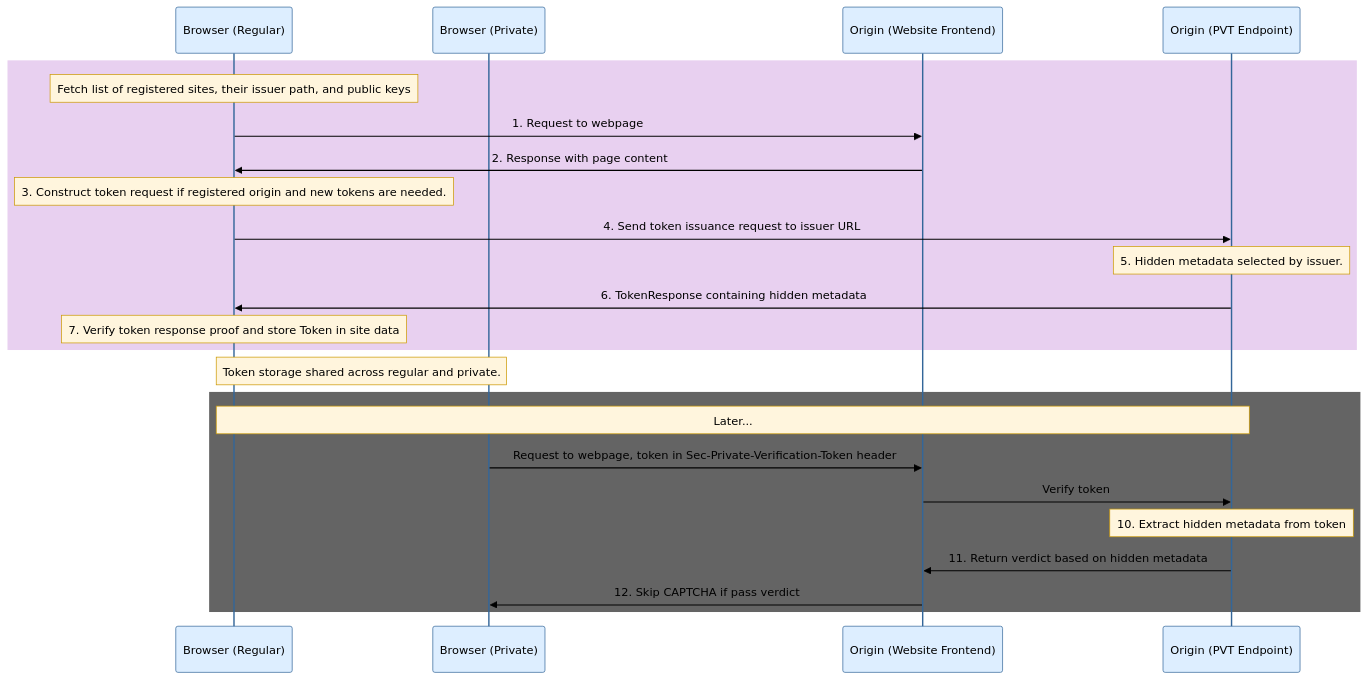
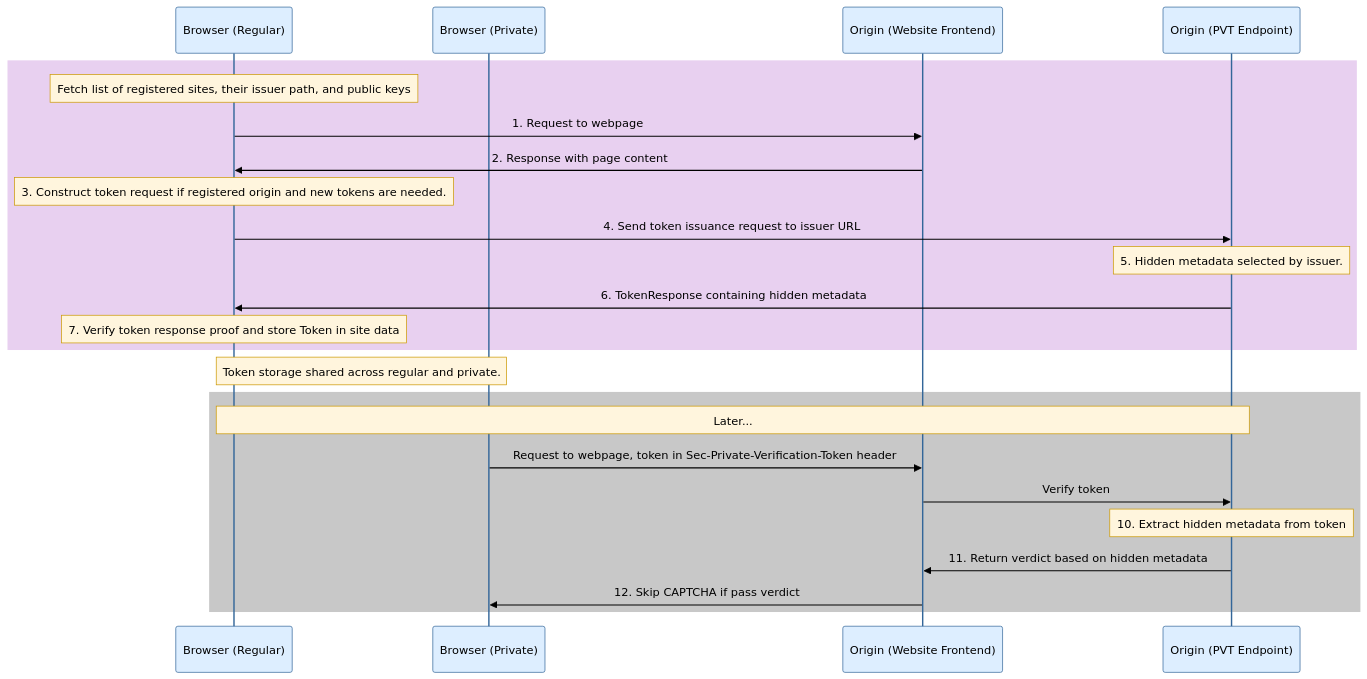
Before and after one commit to explainers-by-googlers/private-verification-tokens: the first of 2 diagrams in README.md, drawn with Mermaid.

Commit message:
Update sequence diagram on README.md
Making the gray a bit lighter to improve readability.

````diff
--- a/README.md
+++ b/README.md
@@ -94,37 +94,37 @@
 ```mermaid
 %%{init: {'theme': 'base', 'themeVariables': {'actorTextColor': '#000000', 'actorBkg': '#ddeeff', 'actorBorder': '#336699', 'actorLineColor': '#336699', 'signalColor': '#000000', 'signalTextColor': '#000000', 'labelTextColor': '#000000', 'loopTextColor': '#000000', 'noteBkgColor': '#fff5dd', 'noteTextColor': '#000000', 'noteBorderColor': '#cc9900', 'activationBkgColor': '#ddeeff', 'activationBorderColor': '#336699', 'fontFamily': 'arial', 'fontSize': '14px'}}}%%
 sequenceDiagram
     participant BR as Browser (Regular)
     participant BP as Browser (Private)
     participant OW as Origin (Website Frontend)
     participant OE as Origin (PVT Endpoint)
 
     rect rgb(232, 208, 240)
     note over BR: Fetch list of registered sites, their issuer path, and public keys
 
     BR->>OW: 1. Request to webpage
     OW->>BR: 2. Response with page content
     note over BR: 3. Construct token request if registered origin and new tokens are needed.
     BR->>OE: 4. Send token issuance request to issuer URL
 
     note over OE: 5. Hidden metadata selected by issuer.
 
     OE->>BR: 6. TokenResponse containing hidden metadata
 
     note over BR: 7. Verify token response proof and store Token in site data
     end
 
     note over BR,BP: Token storage shared across regular and private.
 
-    rect rgb(100, 100, 100)
+    rect rgb(200, 200, 200)
     note over BR,OE: Later...
 
     BP->>OW: Request to webpage, token in Sec-Private-Verification-Token header
     OW->>OE: Verify token
 
     note over OE: 10. Extract hidden metadata from token
 
     OE->>OW: 11. Return verdict based on hidden metadata
     OW->>BP: 12. Skip CAPTCHA if pass verdict
     end
 ```
````
